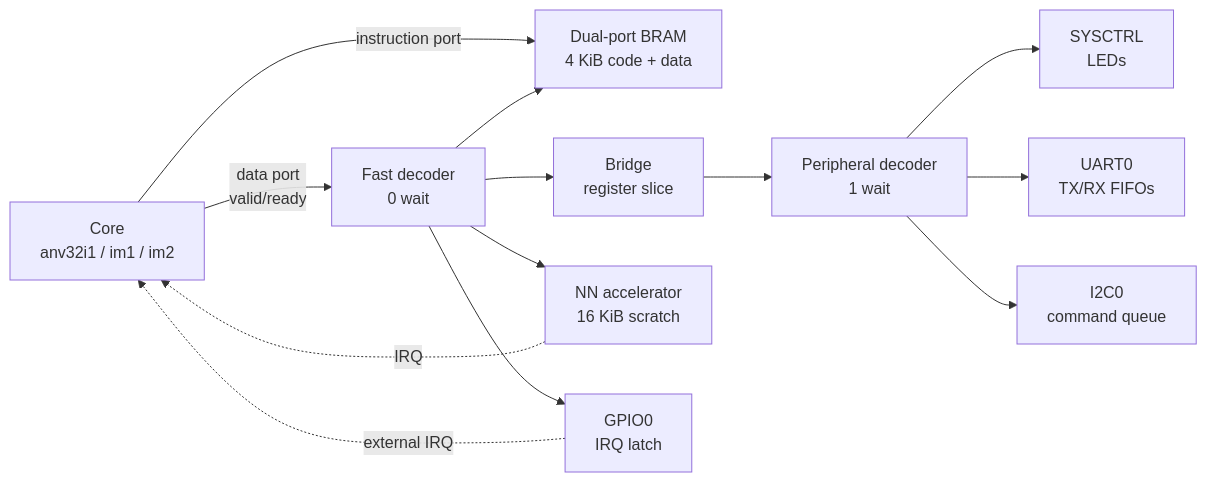
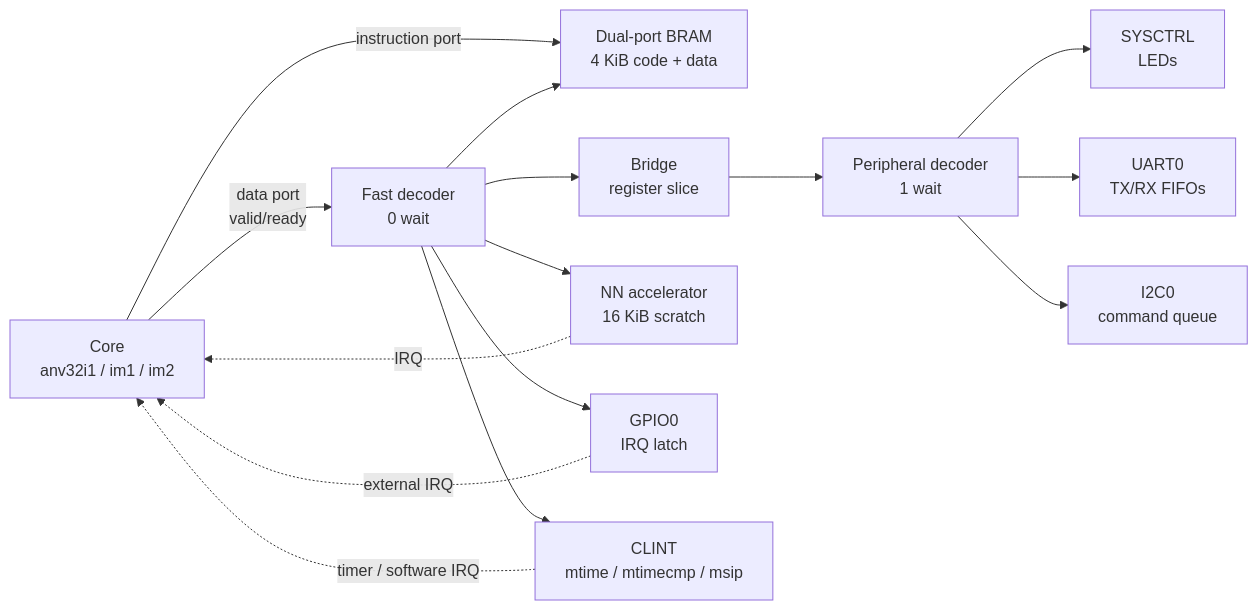
One commit to sonmezarda/anv32 changed the second of 2 diagrams in README.md. Above: the diagram before and after it, drawn with Mermaid. The commit also changed other lines of this file and 28 other files, not shown here.

First line of the commit message:
Add a CLINT with the machine timer and software interrupts

````diff
--- a/README.md
+++ b/README.md
@@ -107,25 +108,28 @@
 ```mermaid
 flowchart LR
     core["Core<br/>anv32i1 / im1 / im2"]
     bram["Dual-port BRAM<br/>4 KiB code + data"]
     dec["Fast decoder<br/>0 wait"]
     bridge["Bridge<br/>register slice"]
     pdec["Peripheral decoder<br/>1 wait"]
     uart["UART0<br/>TX/RX FIFOs"]
     i2c["I2C0<br/>command queue"]
     nn["NN accelerator<br/>16 KiB scratch"]
     sys["SYSCTRL<br/>LEDs"]
     gpio["GPIO0<br/>IRQ latch"]
+    clint["CLINT<br/>mtime / mtimecmp / msip"]
 
     core -- "instruction port" --> bram
     core -- "data port<br/>valid/ready" --> dec
     dec --> bram
     dec --> nn
     dec --> gpio
+    dec --> clint
+    clint -. "timer / software IRQ" .-> core
     dec --> bridge --> pdec
     pdec --> sys
     pdec --> uart
     pdec --> i2c
     gpio -. "external IRQ" .-> core
     nn -. "IRQ" .-> core
 ```
````
